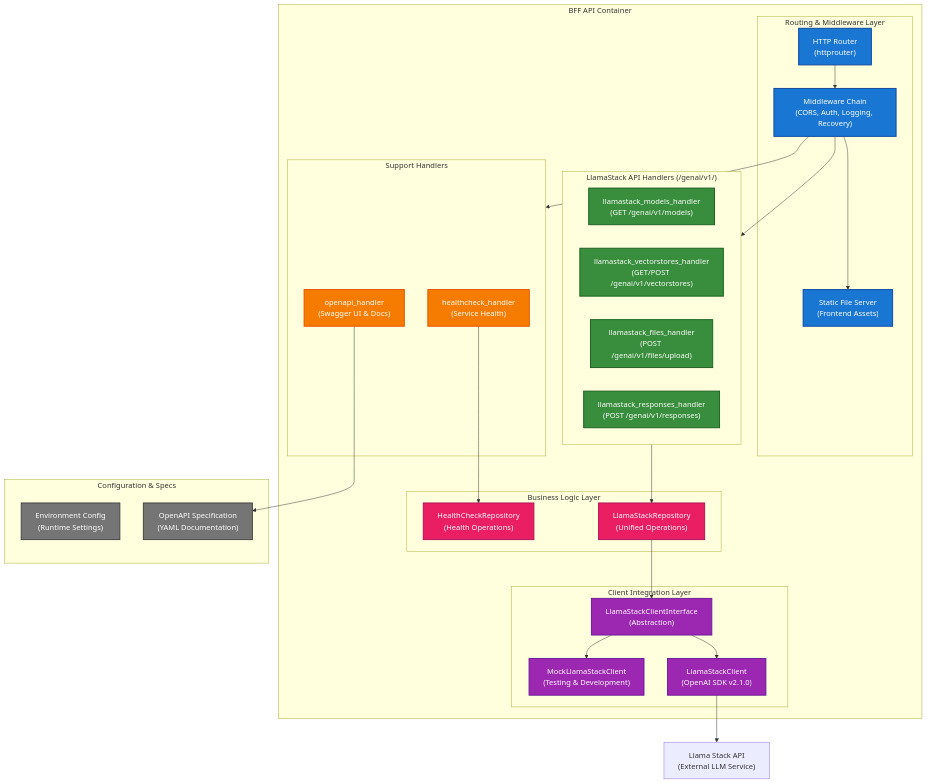
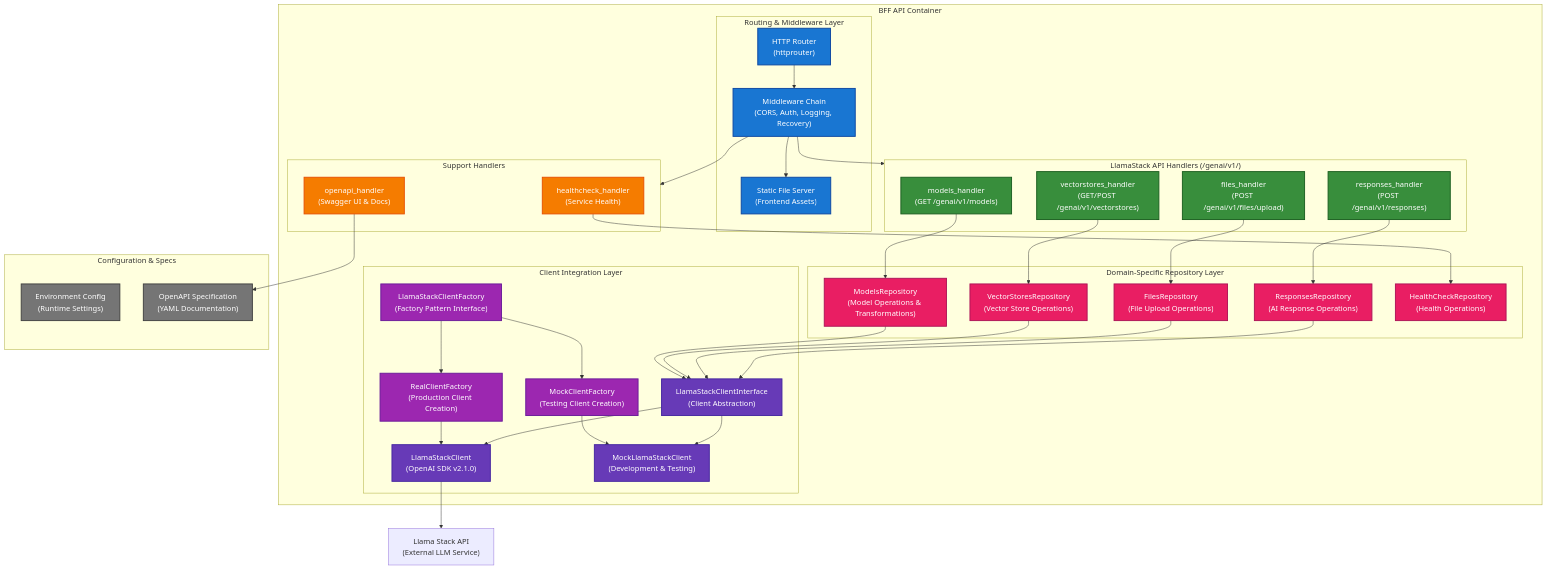
One commit to opendatahub-io/odh-dashboard changed the fourth of 5 diagrams in frontend/packages/llama-stack-modular-ui/docs/adr/0002-system-architecture.md. Above: the diagram before and after it, drawn with Mermaid. The commit also changed other lines of this file, not shown here.

Commit message:
Update BFF architecture diagram to reflect new domain-specific repositories
- Replace monolithic LlamaStackRepository with domain-specific repositories
- Add factory pattern visualization with RealClientFactory and MockClientFactory
- Update handler names to match file renames (removed llamastack_ prefix)
- Show proper connections between handlers and their specific repositories
- Add envelope pattern and direct streaming support documentation
- Enhance integration architecture description with new patterns

````diff
--- a/frontend/packages/llama-stack-modular-ui/docs/adr/0002-system-architecture.md
+++ b/frontend/packages/llama-stack-modular-ui/docs/adr/0002-system-architecture.md
@@ -307,10 +309,10 @@
         end
         
         subgraph LlamaStackHandlers["LlamaStack API Handlers (/genai/v1/)"]
-            ModelsHandler["llamastack_models_handler<br/>(GET /genai/v1/models)"]
-            VectorStoresHandler["llamastack_vectorstores_handler<br/>(GET/POST /genai/v1/vectorstores)"]
-            FilesHandler["llamastack_files_handler<br/>(POST /genai/v1/files/upload)"]
-            ResponsesHandler["llamastack_responses_handler<br/>(POST /genai/v1/responses)"]
+            ModelsHandler["models_handler<br/>(GET /genai/v1/models)"]
+            VectorStoresHandler["vectorstores_handler<br/>(GET/POST /genai/v1/vectorstores)"]
+            FilesHandler["files_handler<br/>(POST /genai/v1/files/upload)"]
+            ResponsesHandler["responses_handler<br/>(POST /genai/v1/responses)"]
         end
         
         subgraph SupportHandlers["Support Handlers"]
@@ -318,15 +320,21 @@
             HealthHandler["healthcheck_handler<br/>(Service Health)"]
         end
         
-        subgraph BusinessLogic["Business Logic Layer"]
-            LlamaStackRepo["LlamaStackRepository<br/>(Unified Operations)"]
+        subgraph BusinessLogic["Domain-Specific Repository Layer"]
+            ModelsRepo["ModelsRepository<br/>(Model Operations & Transformations)"]
+            VectorStoresRepo["VectorStoresRepository<br/>(Vector Store Operations)"]
+            FilesRepo["FilesRepository<br/>(File Upload Operations)"]
+            ResponsesRepo["ResponsesRepository<br/>(AI Response Operations)"]
             HealthRepo["HealthCheckRepository<br/>(Health Operations)"]
         end
         
         subgraph ClientLayer["Client Integration Layer"]
+            ClientFactory["LlamaStackClientFactory<br/>(Factory Pattern Interface)"]
+            RealFactory["RealClientFactory<br/>(Production Client Creation)"]
+            MockFactory["MockClientFactory<br/>(Testing Client Creation)"]
             LlamaClient["LlamaStackClient<br/>(OpenAI SDK v2.1.0)"]
-            MockClient["MockLlamaStackClient<br/>(Testing & Development)"]
-            ClientInterface["LlamaStackClientInterface<br/>(Abstraction)"]
+            MockClient["MockLlamaStackClient<br/>(Development & Testing)"]
+            ClientInterface["LlamaStackClientInterface<br/>(Client Abstraction)"]
         end
     end
     
@@ -342,10 +350,22 @@
     Middleware --> LlamaStackHandlers
     Middleware --> SupportHandlers
     
-    LlamaStackHandlers --> LlamaStackRepo
+    ModelsHandler --> ModelsRepo
+    VectorStoresHandler --> VectorStoresRepo
+    FilesHandler --> FilesRepo
+    ResponsesHandler --> ResponsesRepo
     HealthHandler --> HealthRepo
     
-    LlamaStackRepo --> ClientInterface
+    ModelsRepo --> ClientInterface
+    VectorStoresRepo --> ClientInterface
+    FilesRepo --> ClientInterface
+    ResponsesRepo --> ClientInterface
+    
+    ClientFactory --> RealFactory
+    ClientFactory --> MockFactory
+    RealFactory --> LlamaClient
+    MockFactory --> MockClient
+    
     ClientInterface --> LlamaClient
     ClientInterface --> MockClient
     
@@ -356,13 +376,15 @@
     classDef handlers fill:#388e3c,stroke:#1b5e20,stroke-width:2px,color:#fff
     classDef support fill:#f57c00,stroke:#e65100,stroke-width:2px,color:#fff
     classDef business fill:#e91e63,stroke:#ad1457,stroke-width:2px,color:#fff
-    classDef client fill:#9c27b0,stroke:#6a1b99,stroke-width:2px,color:#fff
+    classDef factory fill:#9c27b0,stroke:#6a1b99,stroke-width:2px,color:#fff
+    classDef client fill:#673ab7,stroke:#4527a0,stroke-width:2px,color:#fff
     classDef config fill:#757575,stroke:#424242,stroke-width:2px,color:#fff
     
     class Router,Middleware,StaticServer routing
     class ModelsHandler,VectorStoresHandler,FilesHandler,ResponsesHandler handlers
     class OpenAPIHandler,HealthHandler support
-    class LlamaStackRepo,HealthRepo business
+    class ModelsRepo,VectorStoresRepo,FilesRepo,ResponsesRepo,HealthRepo business
+    class ClientFactory,RealFactory,MockFactory factory
     class LlamaClient,MockClient,ClientInterface client
     class EnvConfig,OpenAPISpec config
 ```
````
